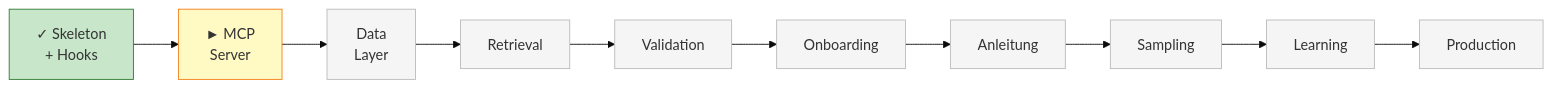
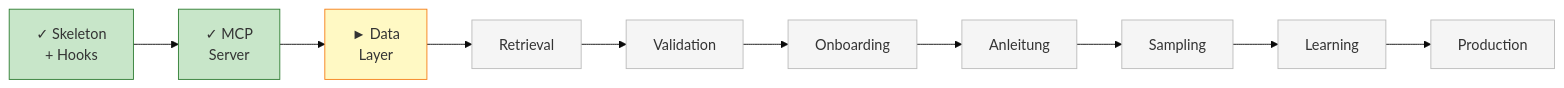
One commit to JuanWiegmann/IRIS changed the seventh of 7 diagrams in ARCHITECTURE.md. Above: the diagram before and after it, drawn with Mermaid (base theme). The commit also changed other lines of this file and 11 other files, not shown here.

First line of the commit message:
segment 1: MCP server foundation complete

````diff
--- a/ARCHITECTURE.md
+++ b/ARCHITECTURE.md
@@ -256,26 +256,26 @@
 ```mermaid
 graph LR
     S0[✓ Skeleton<br>+ Hooks]
-    S1[► MCP<br>Server]
-    S2[Data<br>Layer]
+    S1[✓ MCP<br>Server]
+    S2[► Data<br>Layer]
     S3[Retrieval]
     S4[Validation]
     S5[Onboarding]
     S6[Anleitung]
     S7[Sampling]
     S8[Learning]
     S9[Production]
 
     S0 --> S1 --> S2 --> S3 --> S4 --> S5 --> S6 --> S7 --> S8 --> S9
 
     style S0 fill:#C8E6C9,stroke:#2E7D32
-    style S1 fill:#FFF9C4,stroke:#F57F17
-    style S2 fill:#f5f5f5,stroke:#bbb
+    style S1 fill:#C8E6C9,stroke:#2E7D32
+    style S2 fill:#FFF9C4,stroke:#F57F17
     style S3 fill:#f5f5f5,stroke:#bbb
     style S4 fill:#f5f5f5,stroke:#bbb
     style S5 fill:#f5f5f5,stroke:#bbb
     style S6 fill:#f5f5f5,stroke:#bbb
     style S7 fill:#f5f5f5,stroke:#bbb
     style S8 fill:#f5f5f5,stroke:#bbb
     style S9 fill:#f5f5f5,stroke:#bbb
 ```
````
